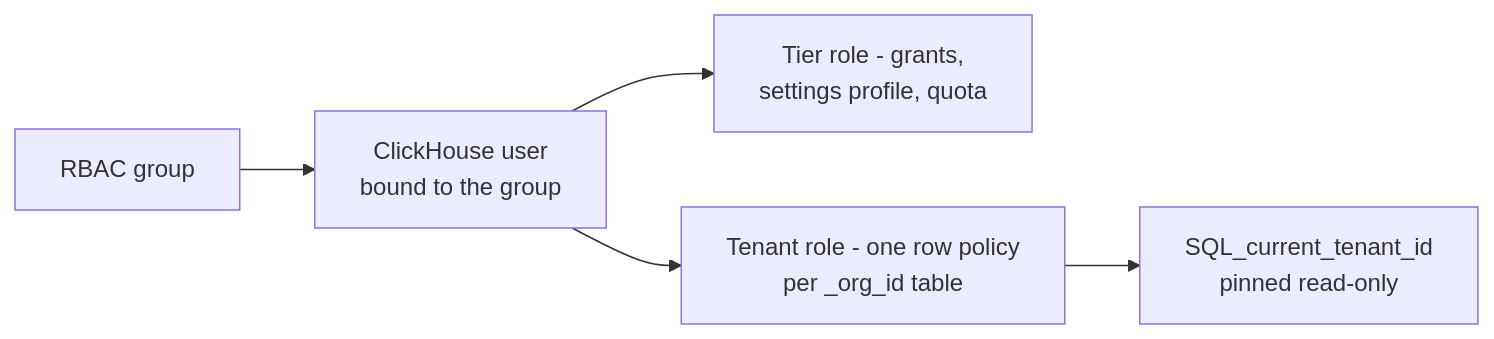
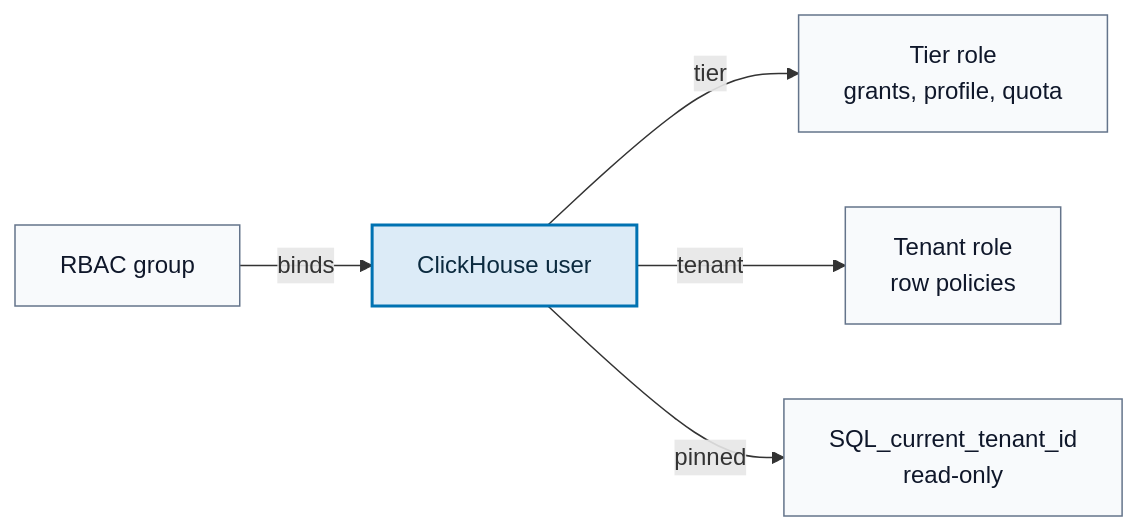
Before and after one commit to hyperi-io/dfe-engine: the fourth of 8 diagrams in docs/control-plane/governed-ops-design.md, drawn with Mermaid. The commit also changed other lines of this file and 71 other files, not shown here.

First line of the commit message:
docs(engine): fix 159 claims and redraw every diagram

````diff
--- a/docs/control-plane/governed-ops-design.md
+++ b/docs/control-plane/governed-ops-design.md
@@ -241,13 +138,22 @@
 ```mermaid
-graph LR
-    Group["RBAC group"]
-    User["ClickHouse user<br/>bound to the group"]
-    Tier["Tier role - grants,<br/>settings profile, quota"]
-    Tenant["Tenant role - one row policy<br/>per _org_id table"]
-    Setting["SQL_current_tenant_id<br/>pinned read-only"]
+flowchart LR
+    accTitle: L4 Detail -- ClickHouse identity
+    accDescr: An RBAC group binds to one ClickHouse user. The user holds a tier role, the tenant role and, for an org-tied user, a read-only SQL_current_tenant_id setting that the tenant row policies read.
 
-    Group --> User
-    User --> Tier
-    User --> Tenant
-    Tenant --> Setting
+    group["RBAC group"]
+
+    user["ClickHouse user"]
+
+    tier["Tier role<br/>grants, profile, quota"]
+    tenant["Tenant role<br/>row policies"]
+    setting["SQL_current_tenant_id<br/>read-only"]
+
+    group -->|binds| user
+    user -->|tier| tier
+    user -->|tenant| tenant
+    user -->|pinned| setting
+
+    classDef default fill:#F8FAFC,stroke:#64748B,stroke-width:1px,color:#0F172A
+    classDef core fill:#DCEBF7,stroke:#0072B2,stroke-width:2px,color:#0B2A3F
+    class user core
 ```
````
